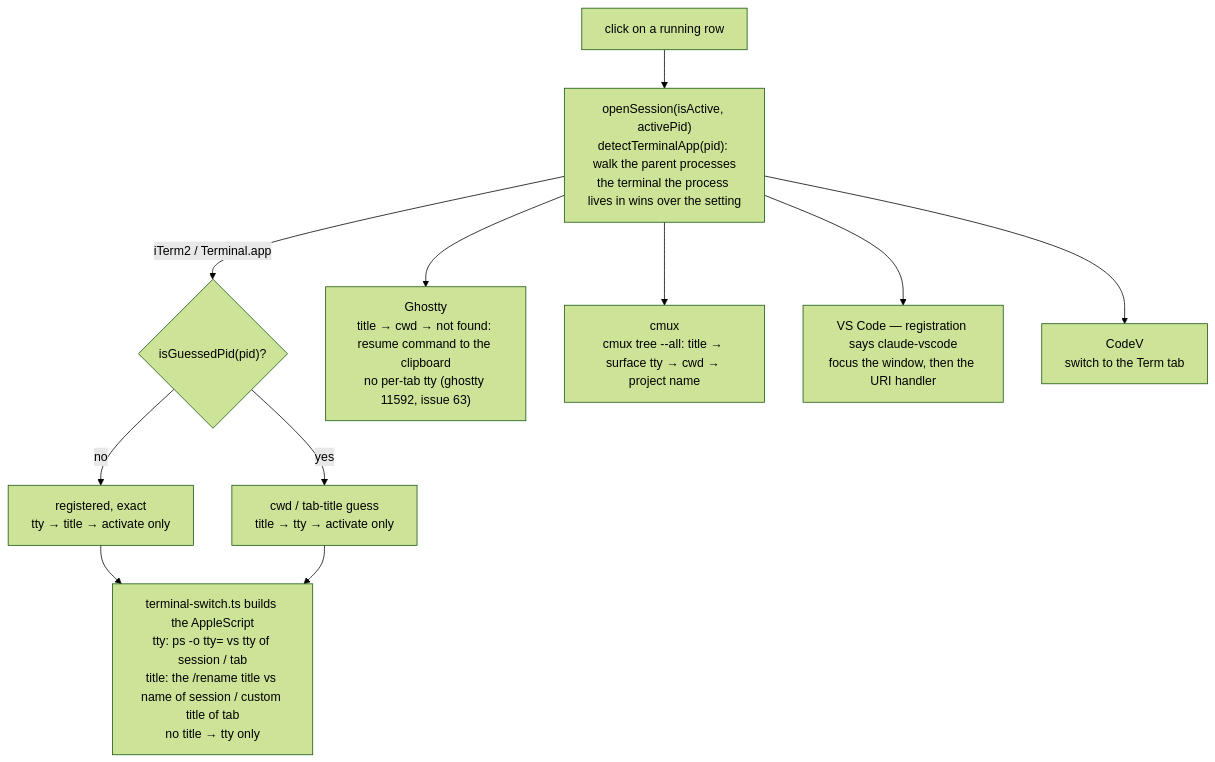
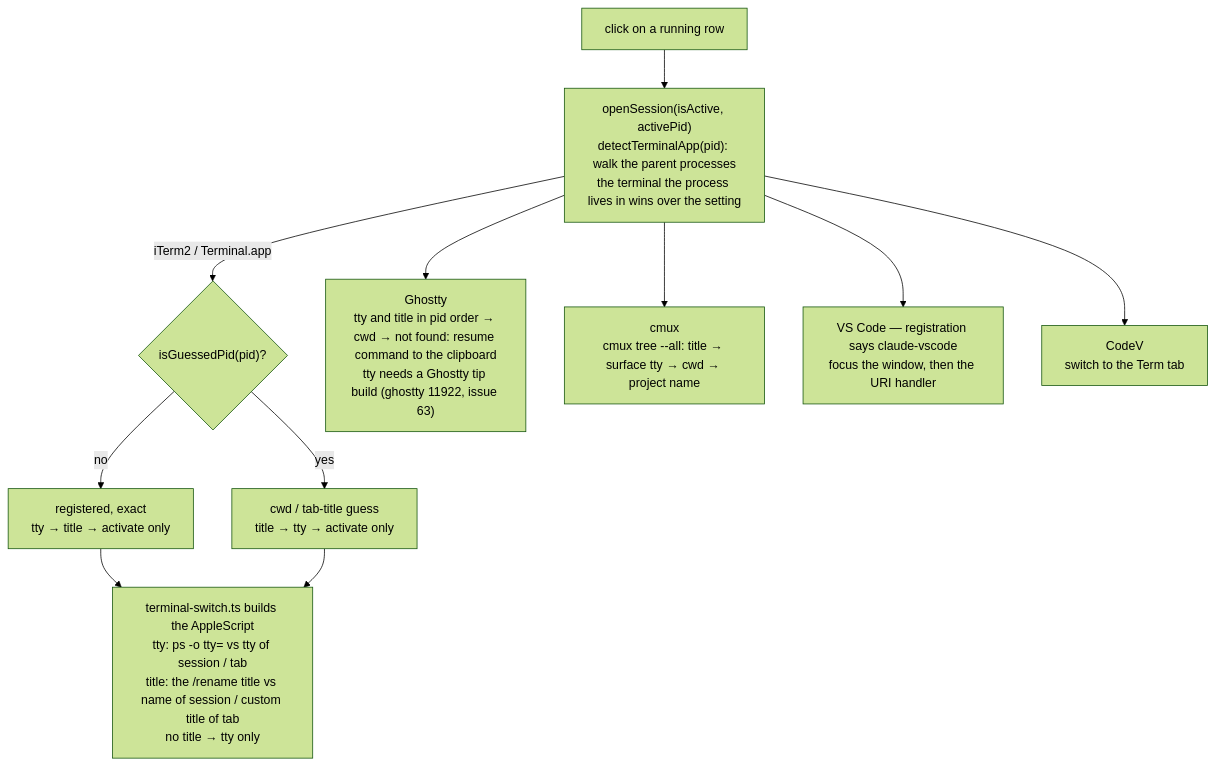
The third of 3 diagrams in docs/claude-session-integration-design.md (grimmerk/codev), drawn with Mermaid (forest theme) before and after one commit. The commit also changed other lines of this file and 3 other files, not shown here.

First line of the commit message:
docs: Ghostty tty switching, and 1.0.94

````diff
--- a/docs/claude-session-integration-design.md
+++ b/docs/claude-session-integration-design.md
@@ -256,23 +256,23 @@
 ```mermaid
 flowchart TB
   CLICK["click on a running row"]
   OS["openSession(isActive, activePid)<br/>detectTerminalApp(pid): walk the parent processes<br/>the terminal the process lives in wins over the setting"]
   PROV{"isGuessedPid(pid)?"}
   TTY1["registered, exact<br/>tty → title → activate only"]
   TITLE1["cwd / tab-title guess<br/>title → tty → activate only"]
   KEYS["terminal-switch.ts builds the AppleScript<br/>tty: ps -o tty= vs tty of session / tab<br/>title: the /rename title vs name of session / custom title of tab<br/>no title → tty only"]
-  GH["Ghostty<br/>title → cwd → not found: resume command to the clipboard<br/>no per-tab tty (ghostty 11592, issue 63)"]
+  GH["Ghostty<br/>tty and title in pid order → cwd → not found: resume command to the clipboard<br/>tty needs a Ghostty tip build (ghostty 11922, issue 63)"]
   CM["cmux<br/>cmux tree --all: title → surface tty → cwd → project name"]
   VS["VS Code — registration says claude-vscode<br/>focus the window, then the URI handler"]
   CV["CodeV<br/>switch to the Term tab"]
   CLICK --> OS
   OS -- "iTerm2 / Terminal.app" --> PROV
   PROV -- no --> TTY1
   PROV -- yes --> TITLE1
   TTY1 --> KEYS
   TITLE1 --> KEYS
   OS --> GH
   OS --> CM
   OS --> VS
   OS --> CV
 ```
````
